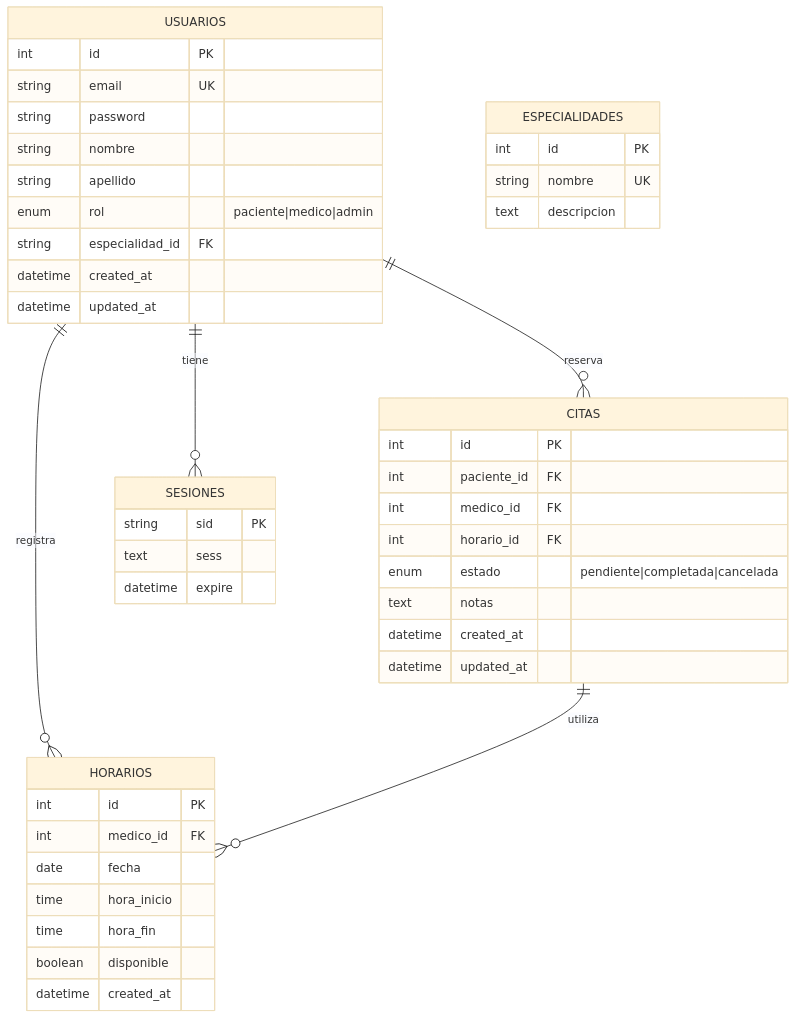
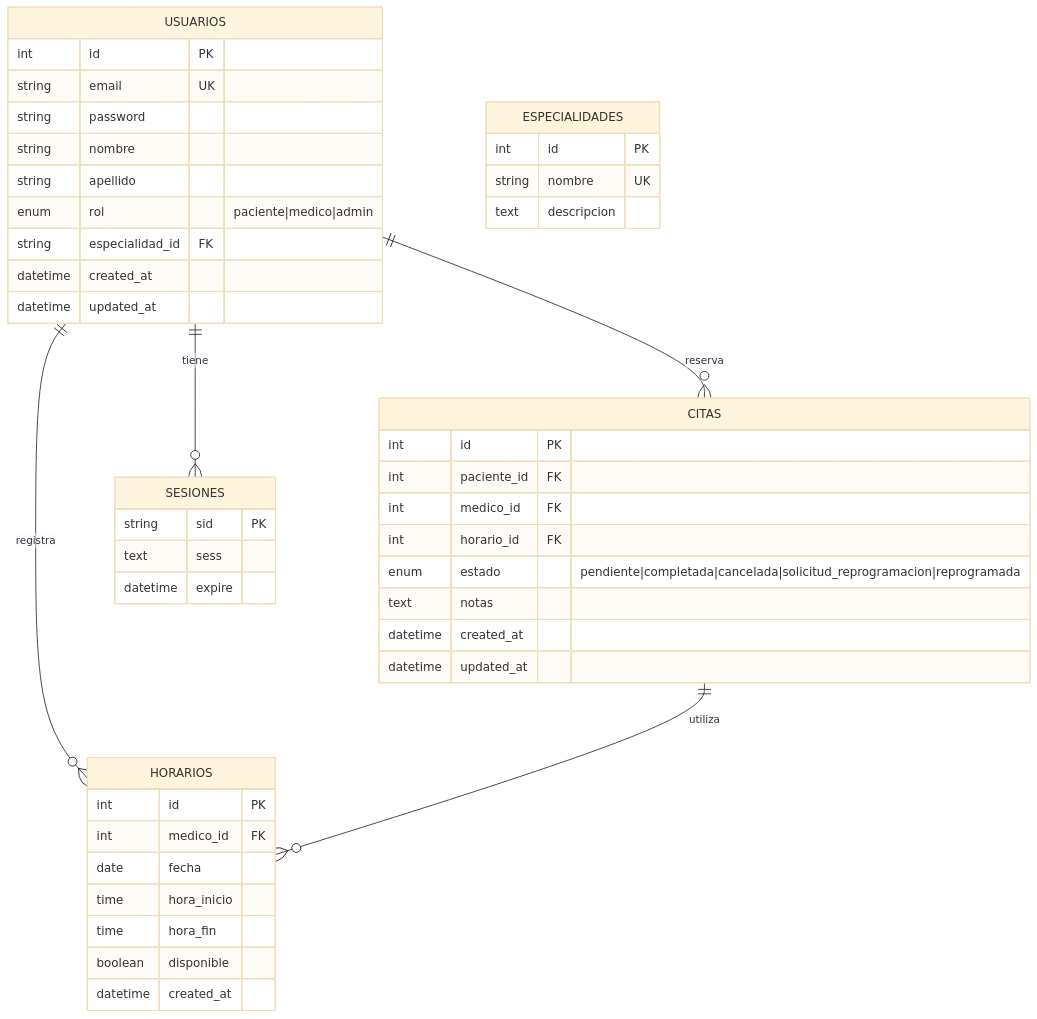
Before and after one commit to EdwardAR/CIS_II: the seventh of 7 diagrams in README.md, drawn with Mermaid (base theme). The commit also changed other lines of this file and 13 other files, not shown here.

````diff
--- a/README.md
+++ b/README.md
@@ -790,51 +806,51 @@
 ```mermaid
 erDiagram
     USUARIOS ||--o{ CITAS : reserva
     USUARIOS ||--o{ HORARIOS : registra
     USUARIOS ||--o{ SESIONES : tiene
     USUARIOS {
         int id PK
         string email UK
         string password
         string nombre
         string apellido
         enum rol "paciente|medico|admin"
         string especialidad_id FK
         datetime created_at
         datetime updated_at
     }
     
     CITAS ||--o{ HORARIOS : utiliza
     CITAS {
         int id PK
         int paciente_id FK
         int medico_id FK
         int horario_id FK
-        enum estado "pendiente|completada|cancelada"
+        enum estado "pendiente|completada|cancelada|solicitud_reprogramacion|reprogramada"
         text notas
         datetime created_at
         datetime updated_at
     }
     
     HORARIOS {
         int id PK
         int medico_id FK
         date fecha
         time hora_inicio
         time hora_fin
         boolean disponible
         datetime created_at
     }
     
     SESIONES {
         string sid PK
         text sess
         datetime expire
     }
     
     ESPECIALIDADES {
         int id PK
         string nombre UK
         text descripcion
     }
 ```
````
